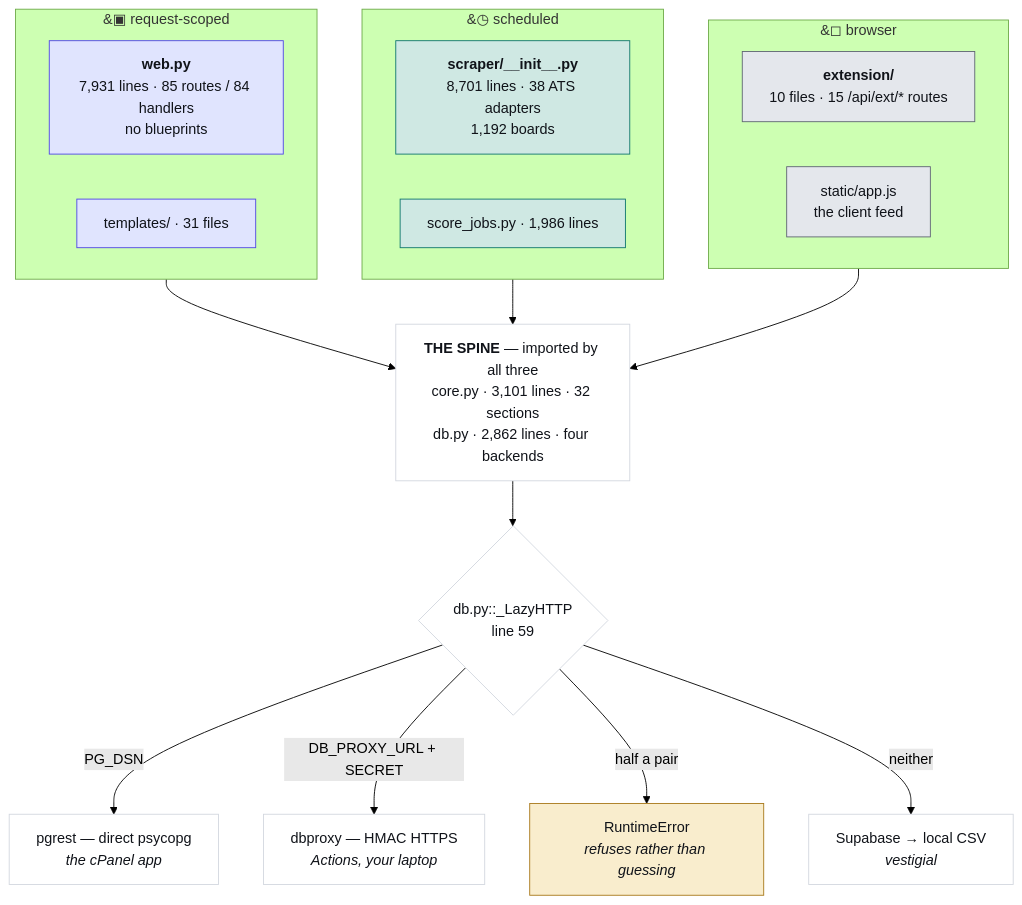
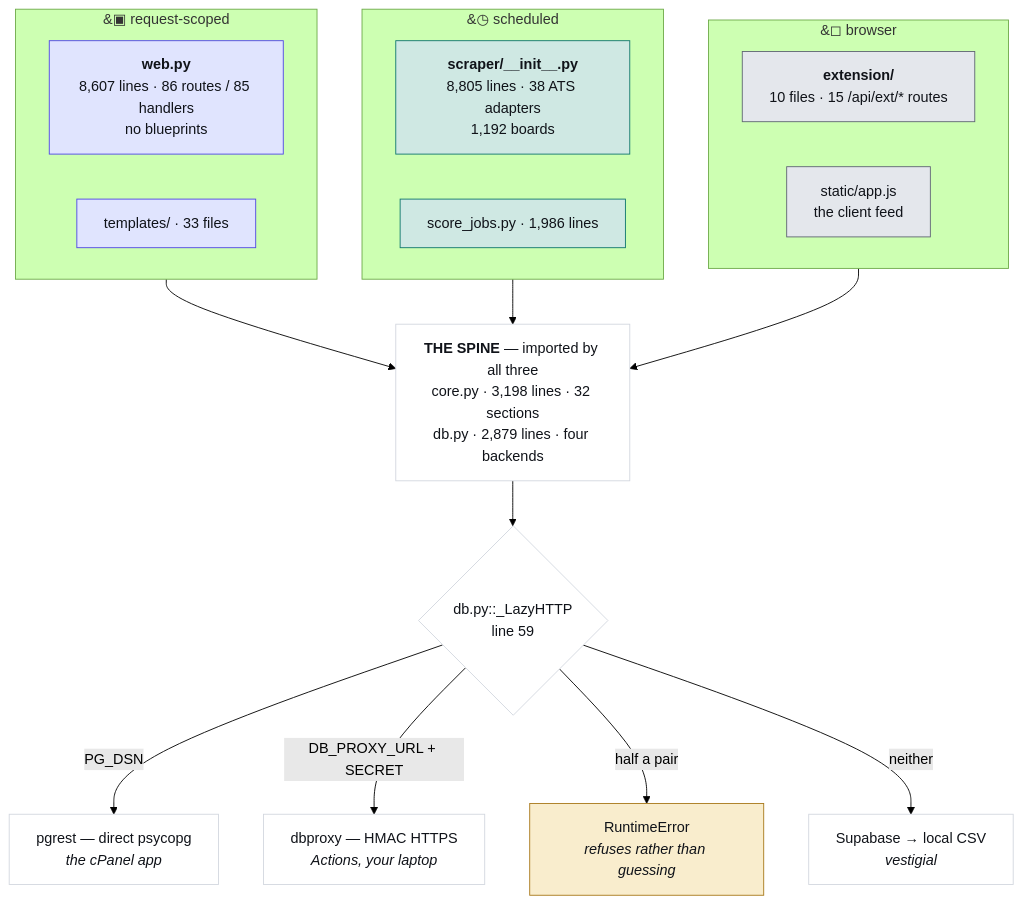
Before and after one commit to hadakunal909-debug/job-search-tool: the first of 4 diagrams in JobMatch Scraper/docs/ARCHITECTURE.md, drawn with Mermaid (forest theme). The commit also changed other lines of this file and 37 other files, not shown here.

````diff
--- a/JobMatch Scraper/docs/ARCHITECTURE.md
+++ b/JobMatch Scraper/docs/ARCHITECTURE.md
@@ -45,34 +45,34 @@
 ```mermaid
 flowchart TB
   subgraph REQ["&#9635; request-scoped"]
-    W["<b>web.py</b><br/>7,931 lines · 85 routes / 84 handlers<br/>no blueprints"]
-    T["templates/ · 31 files"]
+    W["<b>web.py</b><br/>8,607 lines · 86 routes / 85 handlers<br/>no blueprints"]
+    T["templates/ · 33 files"]
   end
   subgraph SCH["&#9719; scheduled"]
-    S["<b>scraper/__init__.py</b><br/>8,701 lines · 38 ATS adapters<br/>1,192 boards"]
+    S["<b>scraper/__init__.py</b><br/>8,805 lines · 38 ATS adapters<br/>1,192 boards"]
     J["score_jobs.py · 1,986 lines"]
   end
   subgraph CLI["&#9723; browser"]
     E["<b>extension/</b><br/>10 files · 15 /api/ext/* routes"]
     A["static/app.js<br/>the client feed"]
   end
-  SPINE["<b>THE SPINE</b> — imported by all three<br/>core.py · 3,101 lines · 32 sections<br/>db.py · 2,862 lines · four backends"]
+  SPINE["<b>THE SPINE</b> — imported by all three<br/>core.py · 3,198 lines · 32 sections<br/>db.py · 2,879 lines · four backends"]
   REQ --> SPINE
   SCH --> SPINE
   CLI --> SPINE
   SPINE --> D{"db.py::_LazyHTTP<br/>line 59"}
   D -->|"PG_DSN"| P["pgrest — direct psycopg<br/><i>the cPanel app</i>"]
   D -->|"DB_PROXY_URL + SECRET"| X["dbproxy — HMAC HTTPS<br/><i>Actions, your laptop</i>"]
   D -->|"half a pair"| R["RuntimeError<br/><i>refuses rather than guessing</i>"]
   D -->|"neither"| V["Supabase → local CSV<br/><i>vestigial</i>"]
   classDef web fill:#e0e4fe,stroke:#4f46e5,color:#101319
   classDef sched fill:#cfe8e3,stroke:#0f766e,color:#101319
   classDef client fill:#e4e7ec,stroke:#5f6573,color:#101319
   classDef trap fill:#f9edcd,stroke:#a8781a,color:#101319
   classDef plain fill:#ffffff,stroke:#d3d7df,color:#101319
   class W,T web
   class S,J sched
   class E,A client
   class R trap
   class SPINE,D,P,X,V plain
 ```
````
